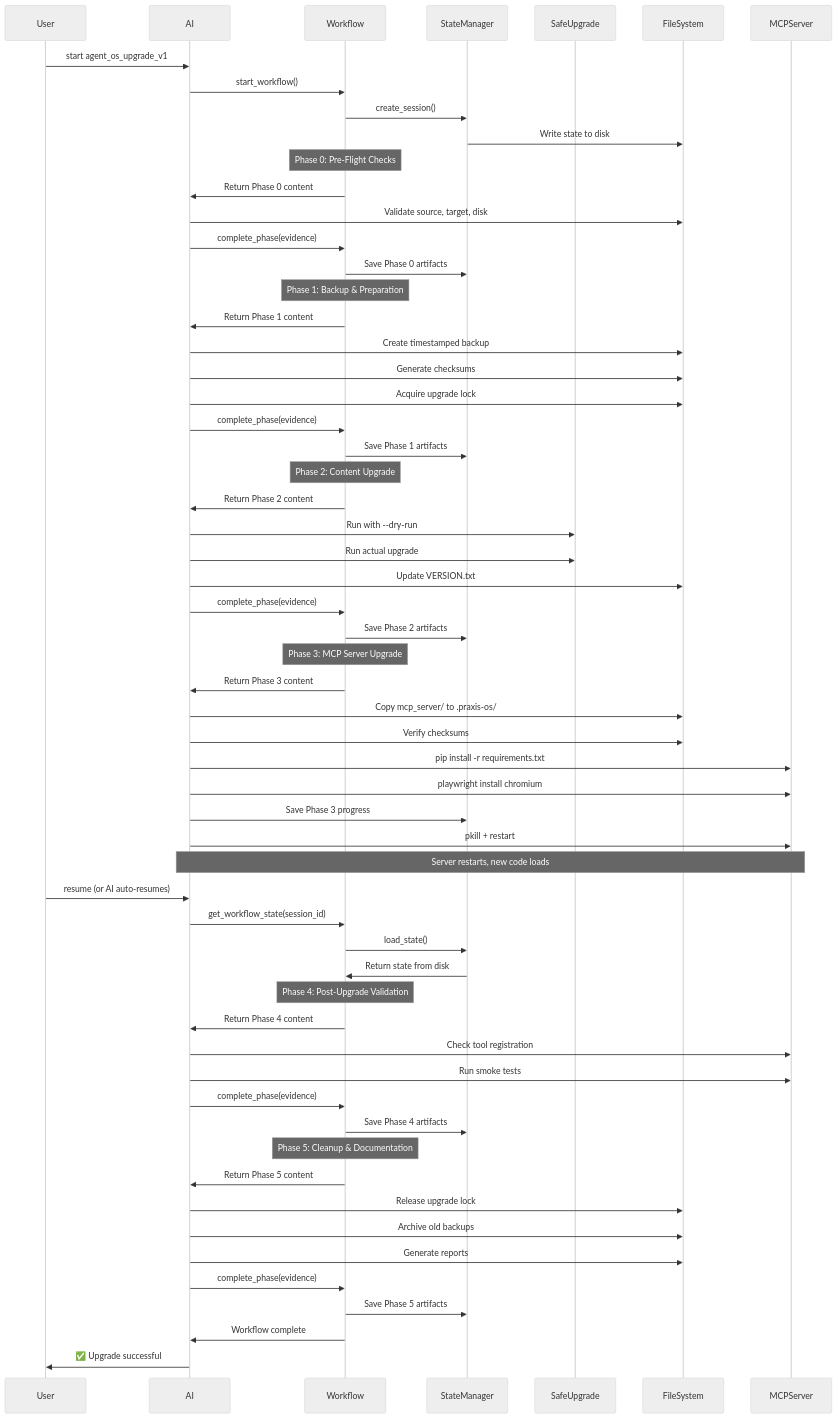
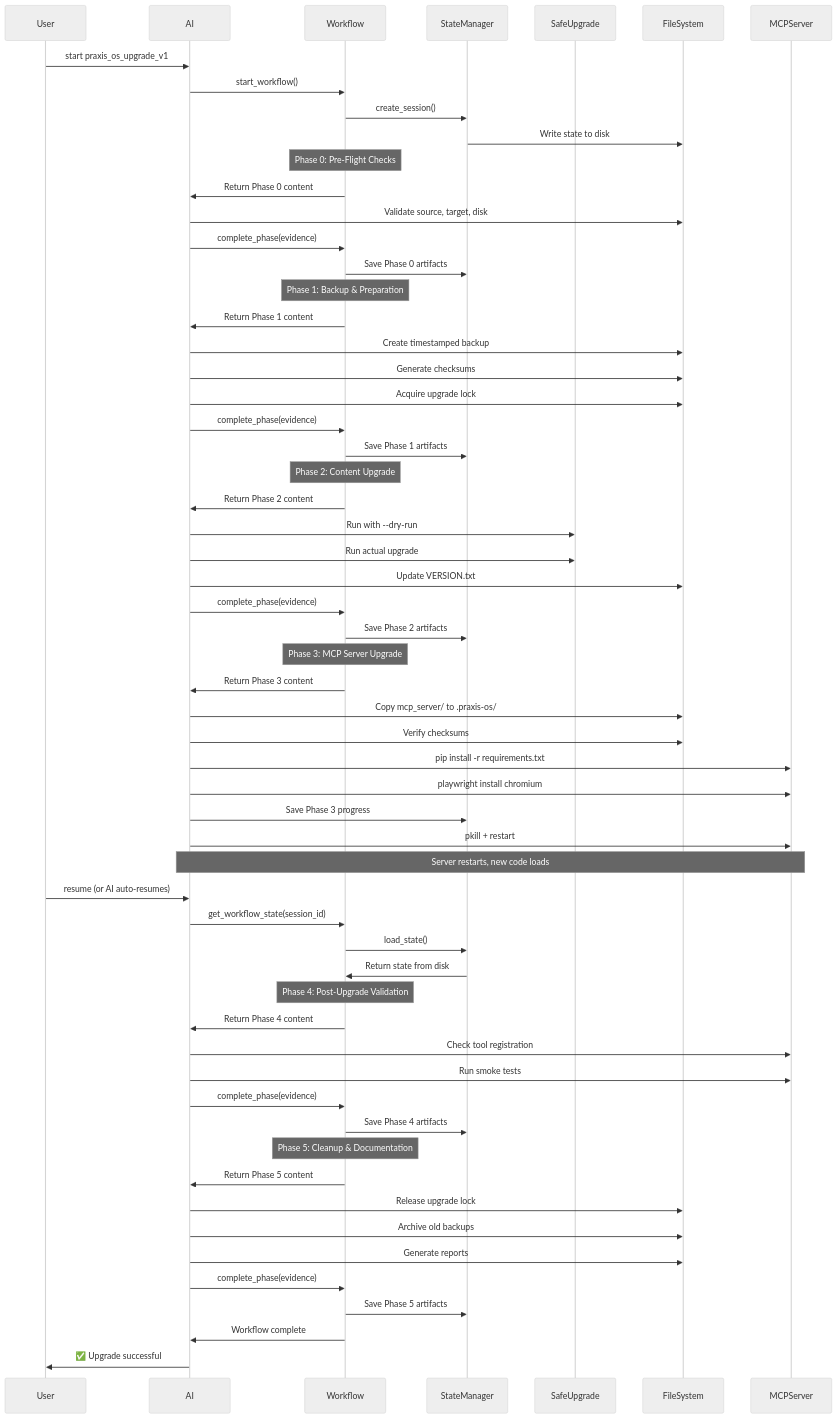
Before and after one commit to honeyhiveai/praxis-os: the first of 2 diagrams in .praxis-os/specs/completed/2025-10-08-agent-os-upgrade-workflow/specs.md, drawn with Mermaid (neutral theme). The commit also changed other lines of this file and 2255 other files, not shown here.

````diff
--- a/.praxis-os/specs/completed/2025-10-08-agent-os-upgrade-workflow/specs.md
+++ b/.praxis-os/specs/completed/2025-10-08-agent-os-upgrade-workflow/specs.md
@@ -82,71 +82,71 @@
 ```mermaid
 sequenceDiagram
     participant User
     participant AI
     participant Workflow
     participant StateManager
     participant SafeUpgrade
     participant FileSystem
     participant MCPServer
 
-    User->>AI: start agent_os_upgrade_v1
+    User->>AI: start praxis_os_upgrade_v1
     AI->>Workflow: start_workflow()
     Workflow->>StateManager: create_session()
     StateManager->>FileSystem: Write state to disk
     
     Note over Workflow: Phase 0: Pre-Flight Checks
     Workflow->>AI: Return Phase 0 content
     AI->>FileSystem: Validate source, target, disk
     AI->>Workflow: complete_phase(evidence)
     Workflow->>StateManager: Save Phase 0 artifacts
     
     Note over Workflow: Phase 1: Backup & Preparation
     Workflow->>AI: Return Phase 1 content
     AI->>FileSystem: Create timestamped backup
     AI->>FileSystem: Generate checksums
     AI->>FileSystem: Acquire upgrade lock
     AI->>Workflow: complete_phase(evidence)
     Workflow->>StateManager: Save Phase 1 artifacts
     
     Note over Workflow: Phase 2: Content Upgrade
     Workflow->>AI: Return Phase 2 content
     AI->>SafeUpgrade: Run with --dry-run
     AI->>SafeUpgrade: Run actual upgrade
     AI->>FileSystem: Update VERSION.txt
     AI->>Workflow: complete_phase(evidence)
     Workflow->>StateManager: Save Phase 2 artifacts
     
     Note over Workflow: Phase 3: MCP Server Upgrade
     Workflow->>AI: Return Phase 3 content
     AI->>FileSystem: Copy mcp_server/ to .praxis-os/
     AI->>FileSystem: Verify checksums
     AI->>MCPServer: pip install -r requirements.txt
     AI->>MCPServer: playwright install chromium
     AI->>StateManager: Save Phase 3 progress
     AI->>MCPServer: pkill + restart
     
     Note over AI,MCPServer: Server restarts, new code loads
     
     User->>AI: resume (or AI auto-resumes)
     AI->>Workflow: get_workflow_state(session_id)
     Workflow->>StateManager: load_state()
     StateManager->>Workflow: Return state from disk
     
     Note over Workflow: Phase 4: Post-Upgrade Validation
     Workflow->>AI: Return Phase 4 content
     AI->>MCPServer: Check tool registration
     AI->>MCPServer: Run smoke tests
     AI->>Workflow: complete_phase(evidence)
     Workflow->>StateManager: Save Phase 4 artifacts
     
     Note over Workflow: Phase 5: Cleanup & Documentation
     Workflow->>AI: Return Phase 5 content
     AI->>FileSystem: Release upgrade lock
     AI->>FileSystem: Archive old backups
     AI->>FileSystem: Generate reports
     AI->>Workflow: complete_phase(evidence)
     Workflow->>StateManager: Save Phase 5 artifacts
     
     Workflow->>AI: Workflow complete
     AI->>User: ✅ Upgrade successful
 ```
````
